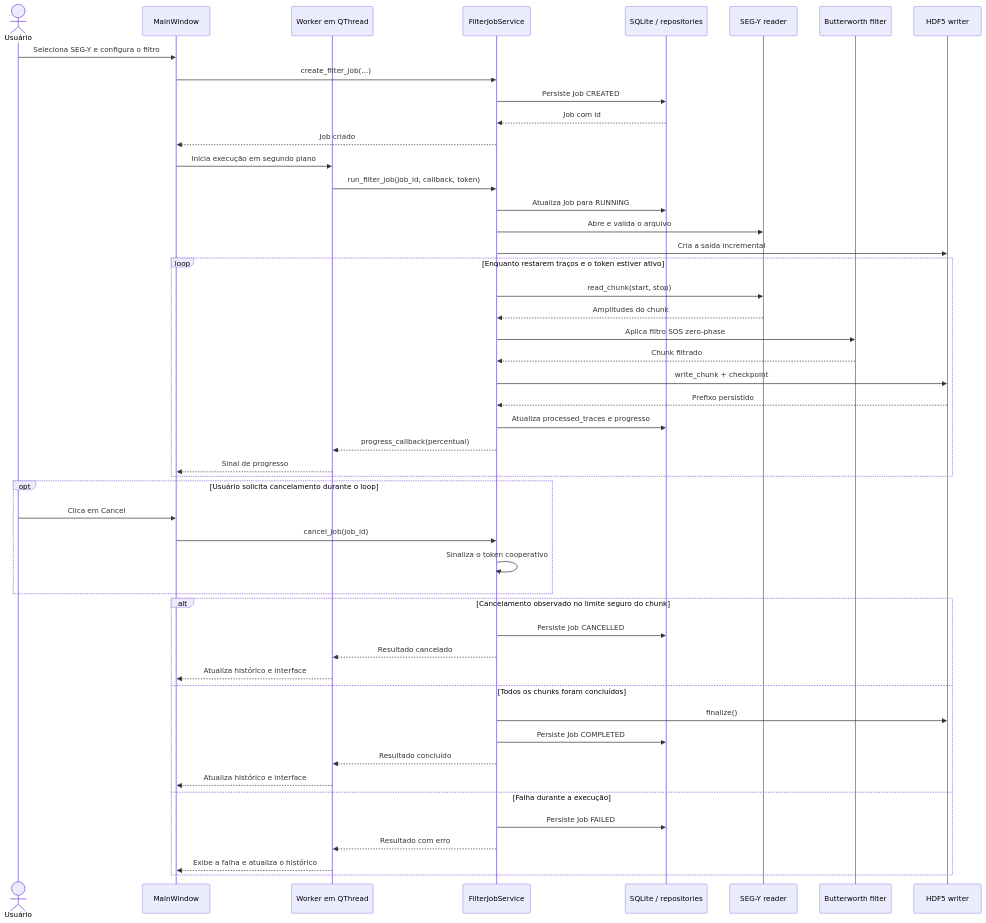
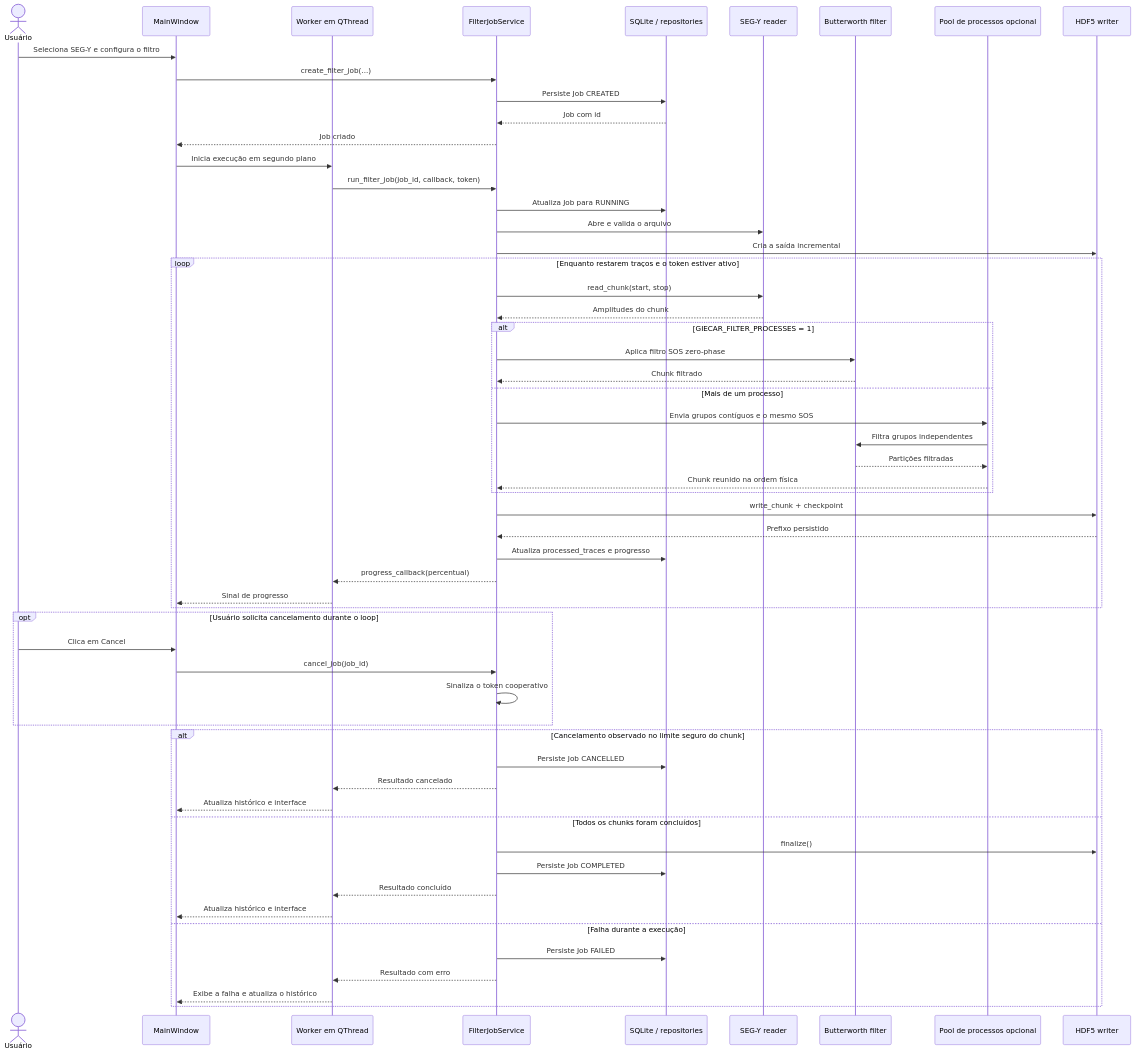
The second of 2 diagrams in README.md (Asunnya/giecar-seismic), drawn with Mermaid before and after one commit. The commit also changed other lines of this file and 9 other files, not shown here.

````diff
--- a/README.md
+++ b/README.md
@@ -107,55 +115,63 @@
 ```mermaid
 sequenceDiagram
     actor Usuario as Usuário
     participant Main as MainWindow
     participant Worker as Worker em QThread
     participant Service as FilterJobService
     participant SQLite as SQLite / repositories
     participant Segy as SEG-Y reader
     participant Filtro as Butterworth filter
+    participant Pool as Pool de processos opcional
     participant HDF5 as HDF5 writer
 
     Usuario->>Main: Seleciona SEG-Y e configura o filtro
     Main->>Service: create_filter_job(...)
     Service->>SQLite: Persiste Job CREATED
     SQLite-->>Service: Job com id
     Service-->>Main: Job criado
     Main->>Worker: Inicia execução em segundo plano
     Worker->>Service: run_filter_job(job_id, callback, token)
     Service->>SQLite: Atualiza Job para RUNNING
     Service->>Segy: Abre e valida o arquivo
     Service->>HDF5: Cria a saída incremental
 
     loop Enquanto restarem traços e o token estiver ativo
         Service->>Segy: read_chunk(start, stop)
         Segy-->>Service: Amplitudes do chunk
-        Service->>Filtro: Aplica filtro SOS zero-phase
-        Filtro-->>Service: Chunk filtrado
+        alt GIECAR_FILTER_PROCESSES = 1
+            Service->>Filtro: Aplica filtro SOS zero-phase
+            Filtro-->>Service: Chunk filtrado
+        else Mais de um processo
+            Service->>Pool: Envia grupos contíguos e o mesmo SOS
+            Pool->>Filtro: Filtra grupos independentes
+            Filtro-->>Pool: Partições filtradas
+            Pool-->>Service: Chunk reunido na ordem física
+        end
         Service->>HDF5: write_chunk + checkpoint
         HDF5-->>Service: Prefixo persistido
         Service->>SQLite: Atualiza processed_traces e progresso
         Service-->>Worker: progress_callback(percentual)
         Worker-->>Main: Sinal de progresso
     end
 
     opt Usuário solicita cancelamento durante o loop
         Usuario->>Main: Clica em Cancel
         Main->>Service: cancel_job(job_id)
         Service->>Service: Sinaliza o token cooperativo
     end
 
     alt Cancelamento observado no limite seguro do chunk
         Service->>SQLite: Persiste Job CANCELLED
         Service-->>Worker: Resultado cancelado
         Worker-->>Main: Atualiza histórico e interface
     else Todos os chunks foram concluídos
         Service->>HDF5: finalize()
         Service->>SQLite: Persiste Job COMPLETED
         Service-->>Worker: Resultado concluído
         Worker-->>Main: Atualiza histórico e interface
     else Falha durante a execução
         Service->>SQLite: Persiste Job FAILED
         Service-->>Worker: Resultado com erro
         Worker-->>Main: Exibe a falha e atualiza o histórico
     end
 ```
````
